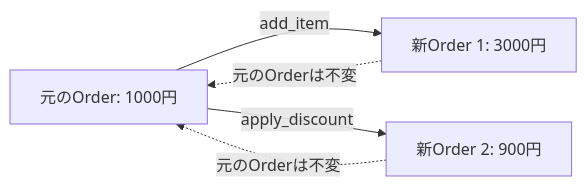
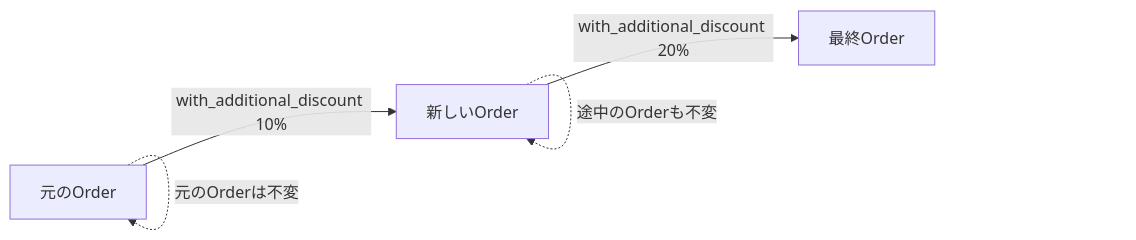
The first of 5 diagrams in content/post/2026/02/01/005526.md (nqou-net/www.nqou.net), drawn with Mermaid before and after one commit. The commit also changed other lines of this file and 44 other files, not shown here.

````diff
--- a/content/post/2026/02/01/005526.md
+++ b/content/post/2026/02/01/005526.md
@@ -116,7 +244,7 @@
 ```mermaid
 graph LR
-    A[元のOrder: 1000円] -->|add_item| B[新Order 1: 3000円]
-    A -->|apply_discount| C[新Order 2: 900円]
-    B -.元のOrderは不変.-> A
-    C -.元のOrderは不変.-> A
+    A[元のOrder] -->|with_additional_discount 10%| B[新しいOrder]
+    B -->|with_additional_discount 20%| C[最終Order]
+    A -.元のOrderは不変.-> A
+    B -.途中のOrderも不変.-> B
 ```
````
